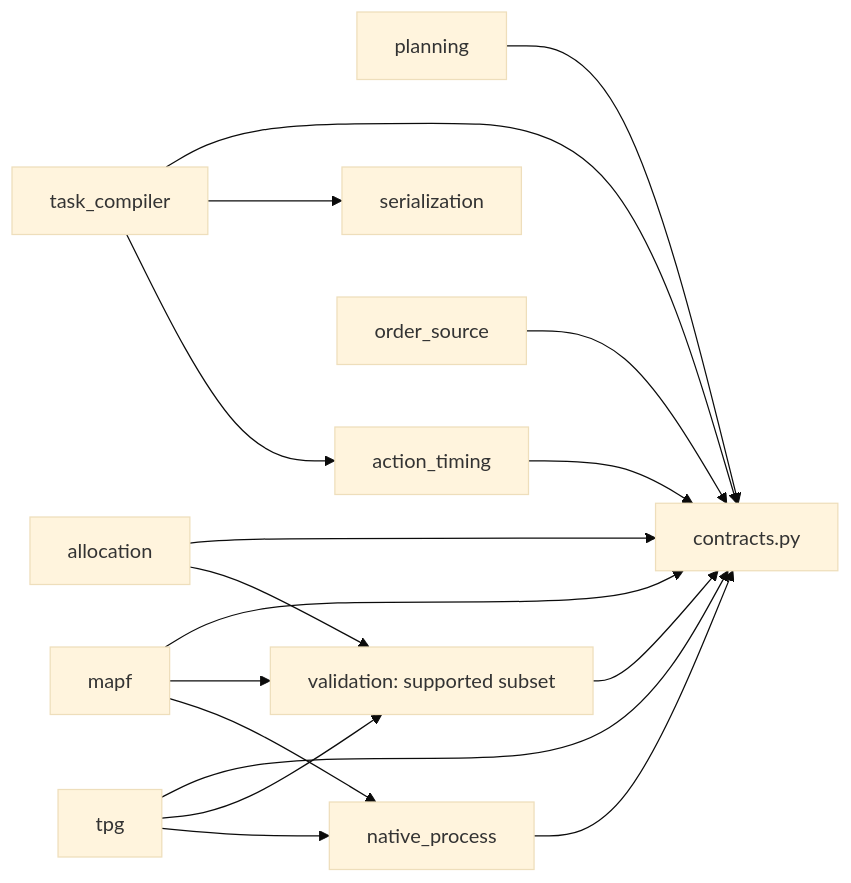
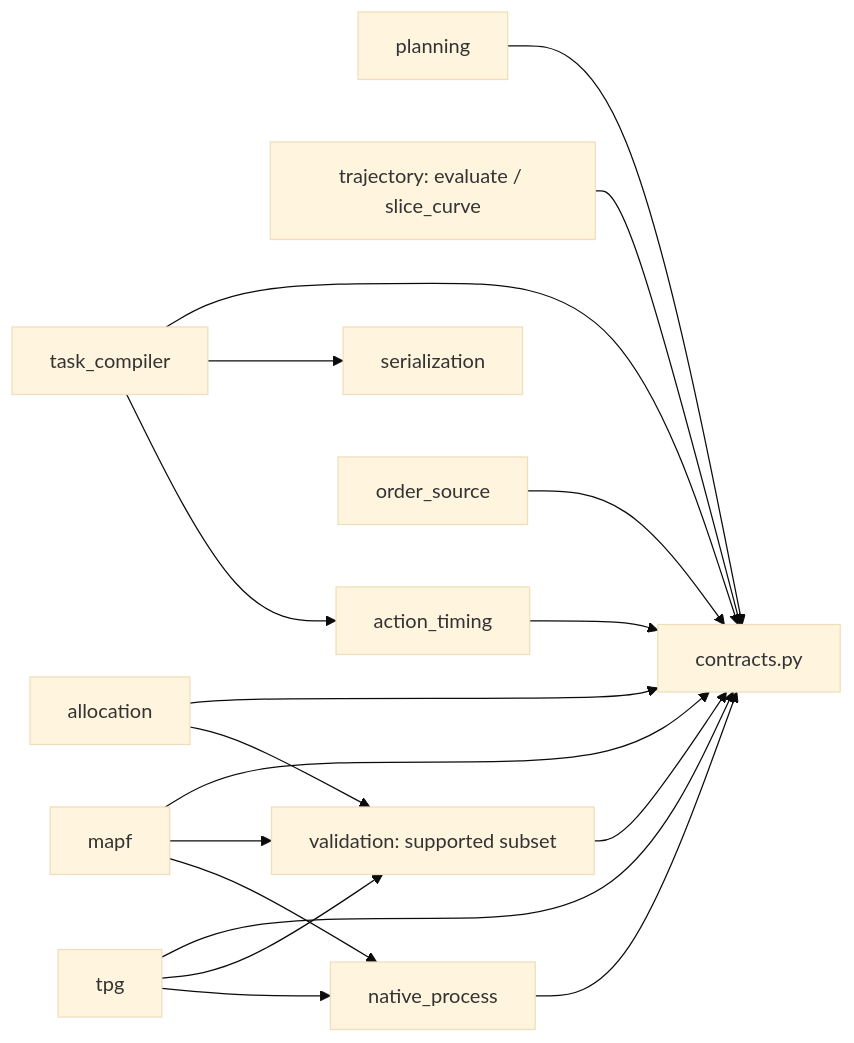
One commit to Requora/TAPF_MAPF_TPG changed the diagram in docs/en/architecture/MODULES.md. Above: the diagram before and after it, drawn with Mermaid (base theme). The commit also changed other lines of this file and 16 other files, not shown here.

````diff
--- a/docs/en/architecture/MODULES.md
+++ b/docs/en/architecture/MODULES.md
@@ -75,19 +80,20 @@
 ```mermaid
 flowchart LR
     Compiler[task_compiler] --> Contracts[contracts.py]
     Planning[planning] --> Contracts
+    Trajectory[trajectory: evaluate / slice_curve] --> Contracts
     Compiler --> Codec[serialization]
     Compiler --> Durations[action_timing]
     Orders[order_source] --> Contracts
     Durations --> Contracts
     Allocation[allocation] --> Contracts
     Allocation --> Validation[validation: supported subset]
     MAPF[mapf] --> Contracts
     MAPF --> Validation
     MAPF --> Native[native_process]
     TPG[tpg] --> Contracts
     TPG --> Validation
     TPG --> Native
     Validation --> Contracts
     Native --> Contracts
 ```
````
